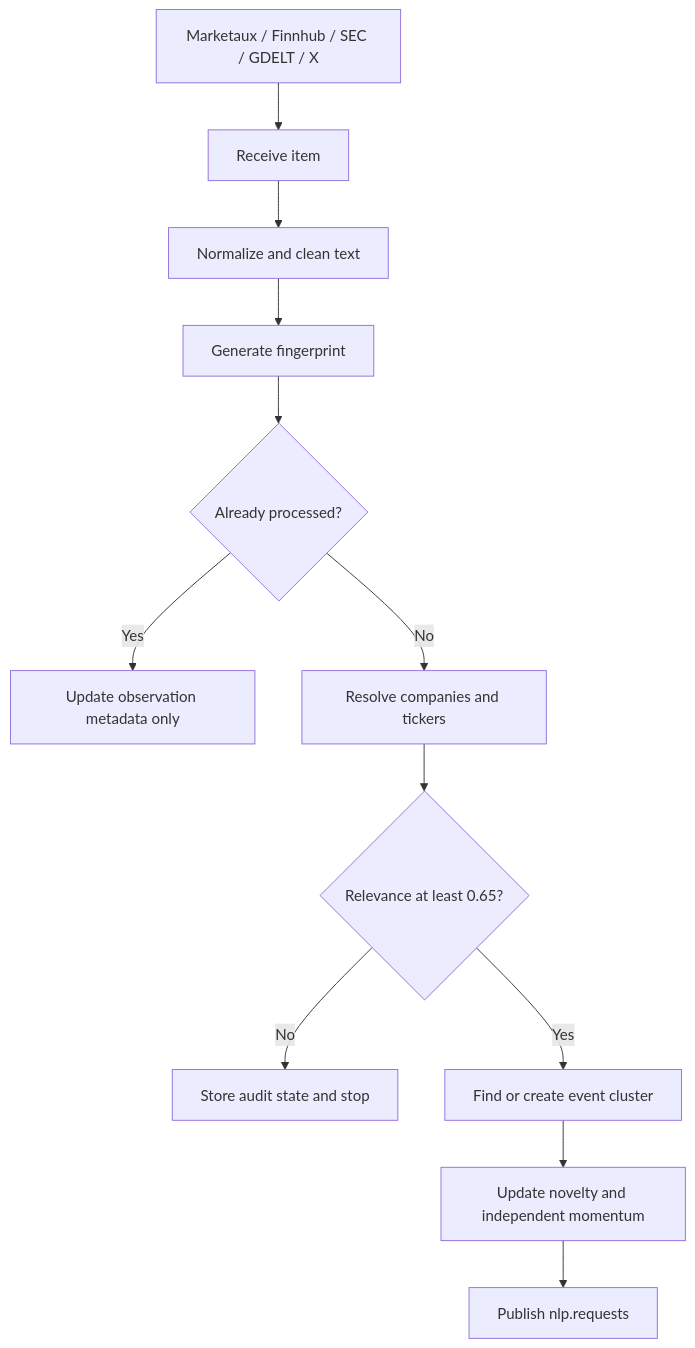
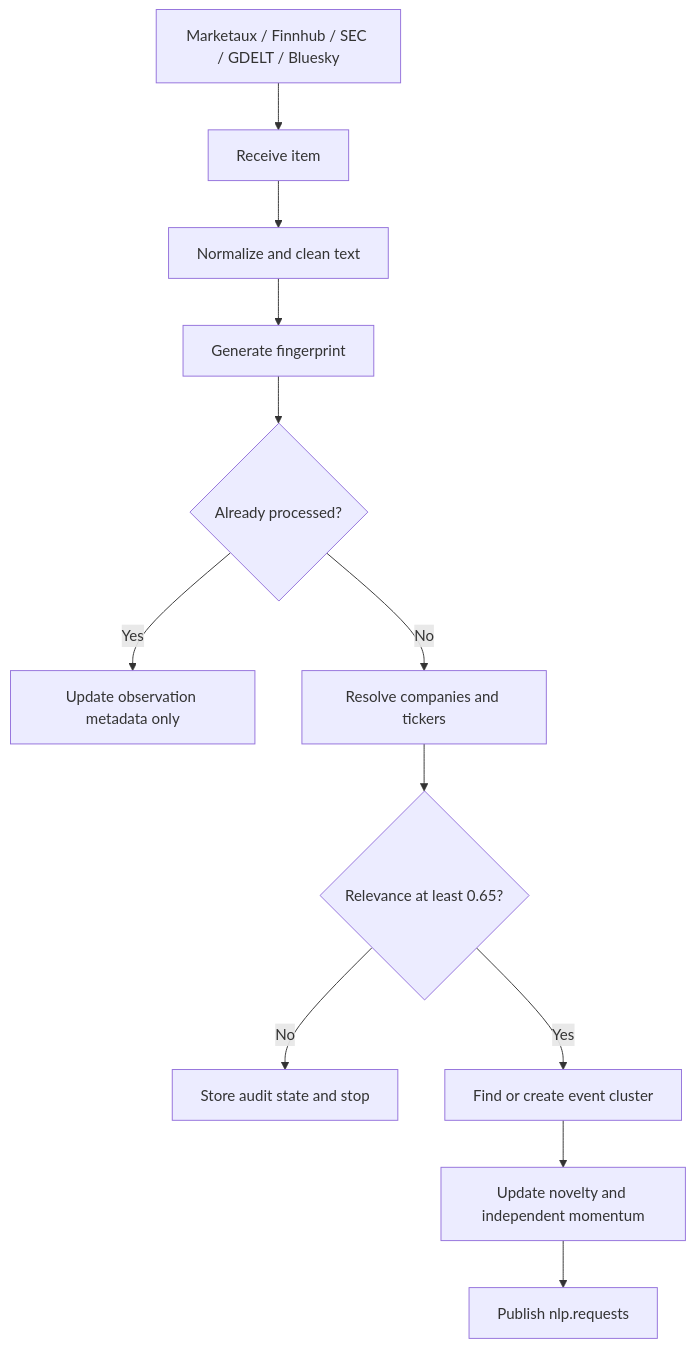
The third of 7 diagrams in docs/workflows.md (ShivanshDwivedi2005/Trading-Wens), drawn with Mermaid before and after one commit. The commit also changed 7 other files, not shown here.

````diff
--- a/docs/workflows.md
+++ b/docs/workflows.md
@@ -43,14 +43,14 @@
 ```mermaid
 flowchart TD
-    Sources[Marketaux / Finnhub / SEC / GDELT / X] --> Receive[Receive item]
+    Sources[Marketaux / Finnhub / SEC / GDELT / Bluesky] --> Receive[Receive item]
     Receive --> Normalize[Normalize and clean text]
     Normalize --> Fingerprint[Generate fingerprint]
     Fingerprint --> Exact{Already processed?}
     Exact -->|Yes| Seen[Update observation metadata only]
     Exact -->|No| Resolve[Resolve companies and tickers]
     Resolve --> Relevant{Relevance at least 0.65?}
     Relevant -->|No| Archive[Store audit state and stop]
     Relevant -->|Yes| Cluster[Find or create event cluster]
     Cluster --> Evidence[Update novelty and independent momentum]
     Evidence --> Request[Publish nlp.requests]
 ```
````
